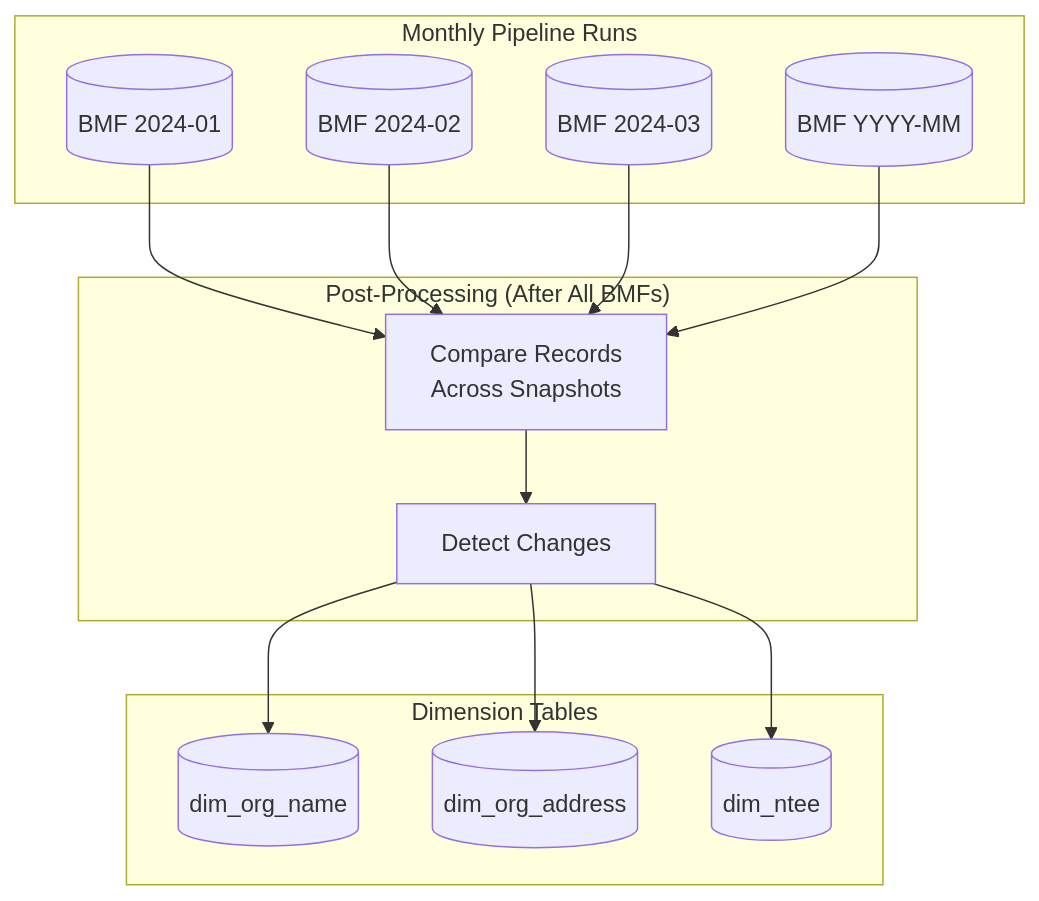
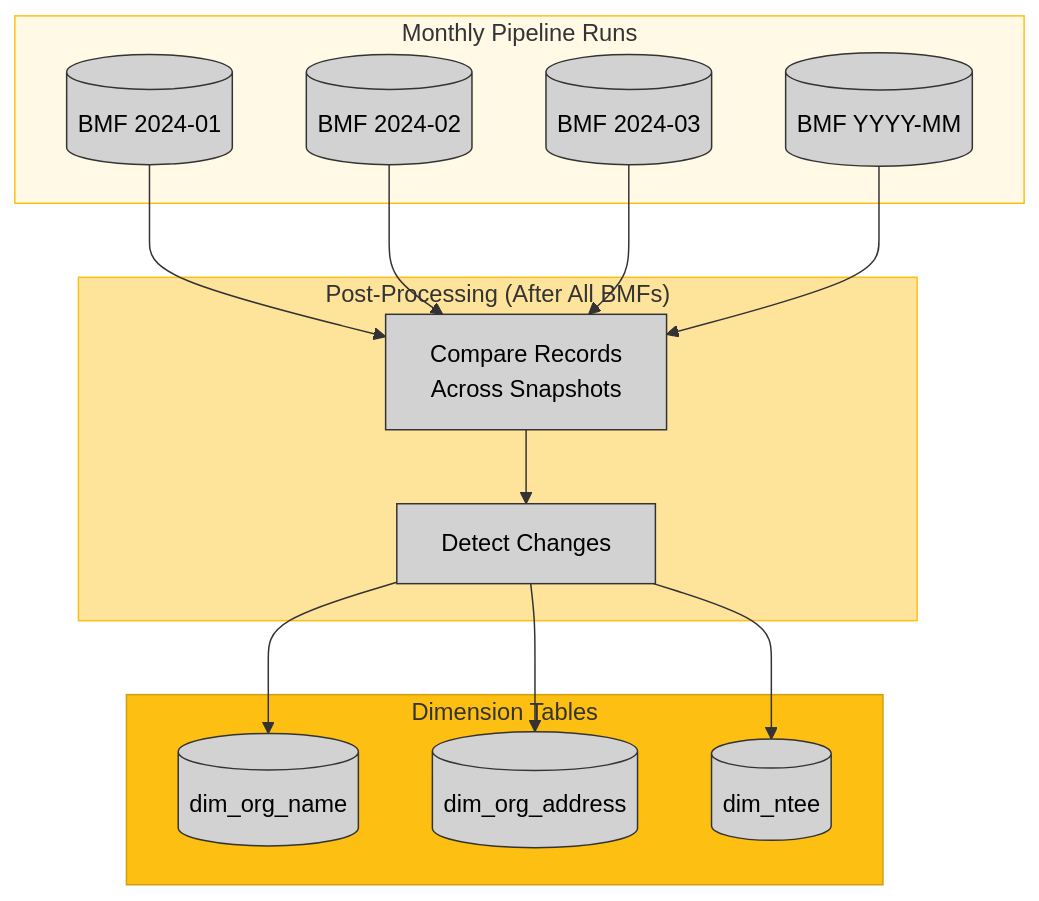
Before and after one commit to UrbanInstitute/nccs-data-bmf: the first of 2 diagrams in docs/04-dimension-tables.qmd, drawn with Mermaid. The commit also changed other lines of this file and 8 other files, not shown here.

````diff
--- a/docs/04-dimension-tables.qmd
+++ b/docs/04-dimension-tables.qmd
@@ -17,30 +25,37 @@
 ```{mermaid}
 %%| fig-width: 10
+%%| fig-height: 8
 flowchart TB
+    classDef node fill:#d2d2d2,stroke:#333,color:#000
+
     subgraph Monthly["Monthly Pipeline Runs"]
         BMF1[("BMF 2024-01")]
         BMF2[("BMF 2024-02")]
         BMF3[("BMF 2024-03")]
         BMFN[("BMF YYYY-MM")]
     end
 
     subgraph Post["Post-Processing (After All BMFs)"]
         COMPARE["Compare Records<br/>Across Snapshots"]
         DETECT["Detect Changes"]
     end
 
     subgraph Dims["Dimension Tables"]
         DIM1[("dim_org_name")]
         DIM2[("dim_org_address")]
         DIM3[("dim_ntee")]
     end
 
     BMF1 --> COMPARE
     BMF2 --> COMPARE
     BMF3 --> COMPARE
     BMFN --> COMPARE
     COMPARE --> DETECT
     DETECT --> DIM1
     DETECT --> DIM2
     DETECT --> DIM3
+
+    style Monthly fill:#fff9e6,stroke:#fdbf11
+    style Post fill:#fee39b,stroke:#fdbf11
+    style Dims fill:#fdbf11,stroke:#d19c0f
 ```
````
